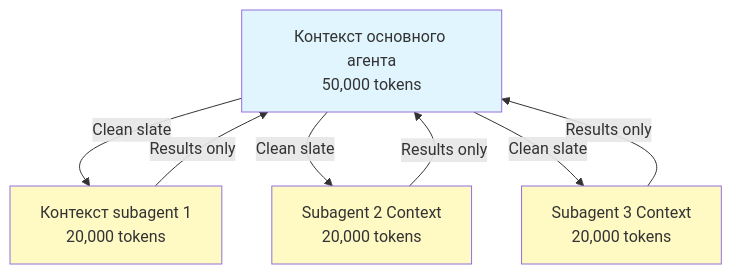
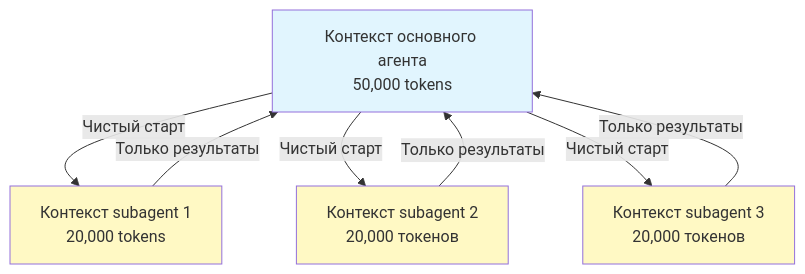
The sixth of 7 diagrams in 04-subagents/README.md (srpvpn/claude-howto-ru), drawn with Mermaid before and after one commit. The commit also changed other lines of this file and 2 other files, not shown here.

````diff
--- a/04-subagents/README.md
+++ b/04-subagents/README.md
@@ -791,20 +791,20 @@
 ```mermaid
 graph TB
     A["Контекст основного агента<br/>50,000 tokens"]
     B["Контекст subagent 1<br/>20,000 tokens"]
-    C["Subagent 2 Context<br/>20,000 tokens"]
-    D["Subagent 3 Context<br/>20,000 tokens"]
+    C["Контекст subagent 2<br/>20,000 токенов"]
+    D["Контекст subagent 3<br/>20,000 токенов"]
 
-    A -->|Clean slate| B
-    A -->|Clean slate| C
-    A -->|Clean slate| D
+    A -->|Чистый старт| B
+    A -->|Чистый старт| C
+    A -->|Чистый старт| D
 
-    B -->|Results only| A
-    C -->|Results only| A
-    D -->|Results only| A
+    B -->|Только результаты| A
+    C -->|Только результаты| A
+    D -->|Только результаты| A
 
     style A fill:#e1f5fe
     style B fill:#fff9c4
     style C fill:#fff9c4
     style D fill:#fff9c4
 ```
````
